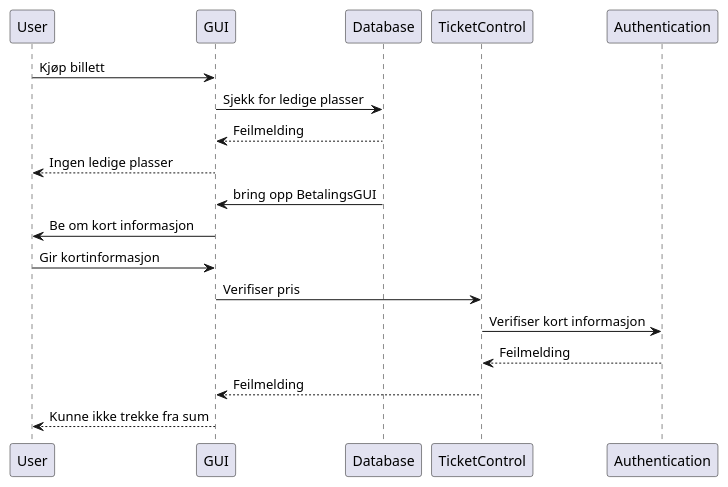
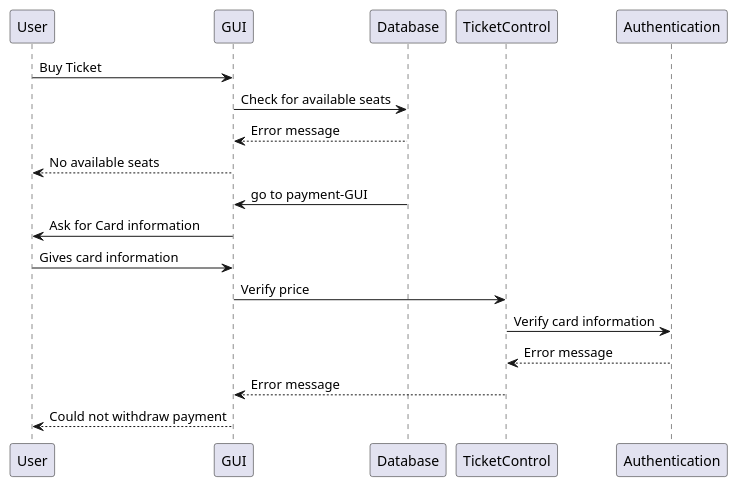
The diagram in UML/UserFailed.puml (brosjanramo/Kino), drawn with PlantUML before and after one commit. The commit also changed 2 other files, not shown here.

Commit message:
Endra navn og oversetta UML

```diff
--- a/UML/UserFailed.puml
+++ b/UML/UserFailed.puml
@@ -1,20 +1,20 @@
 @startuml
-'Brukeren klarte å kjøpe bilett uten noen feil
+'The user couldn't complete the transaction
 
-User -> GUI: Kjøp billett
-GUI -> Database: Sjekk for ledige plasser
-Database --> GUI: Feilmelding
-GUI --> User: Ingen ledige plasser
-Database -> GUI: bring opp BetalingsGUI
-GUI -> User: Be om kort informasjon
-User -> GUI: Gir kortinformasjon
-GUI -> TicketControl: Verifiser pris
-TicketControl -> Authentication: Verifiser kort informasjon
-Authentication --> TicketControl: Feilmelding
-TicketControl --> GUI: Feilmelding
-GUI --> User: Kunne ikke trekke fra sum
+User -> GUI: Buy Ticket
+GUI -> Database: Check for available seats
+Database --> GUI: Error message
+GUI --> User: No available seats
+Database -> GUI: go to payment-GUI
+GUI -> User: Ask for Card information
+User -> GUI: Gives card information
+GUI -> TicketControl: Verify price
+TicketControl -> Authentication: Verify card information
+Authentication --> TicketControl: Error message
+TicketControl --> GUI: Error message
+GUI --> User: Could not withdraw payment
 
 
 
 
 @enduml
```
